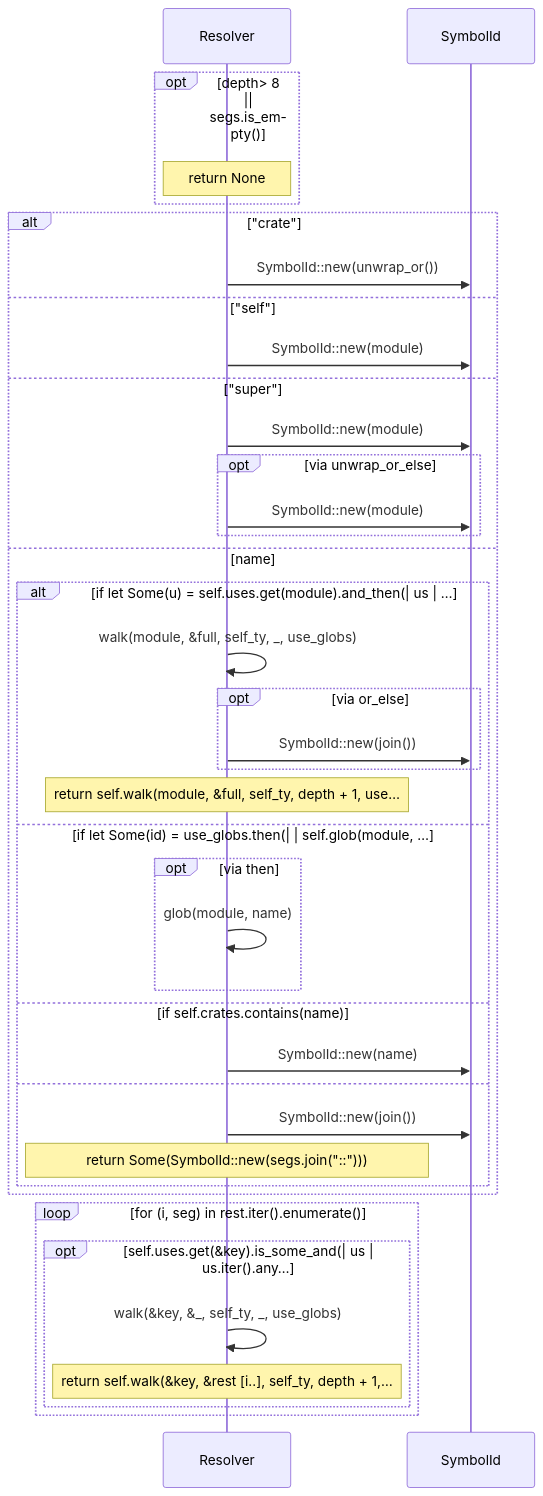
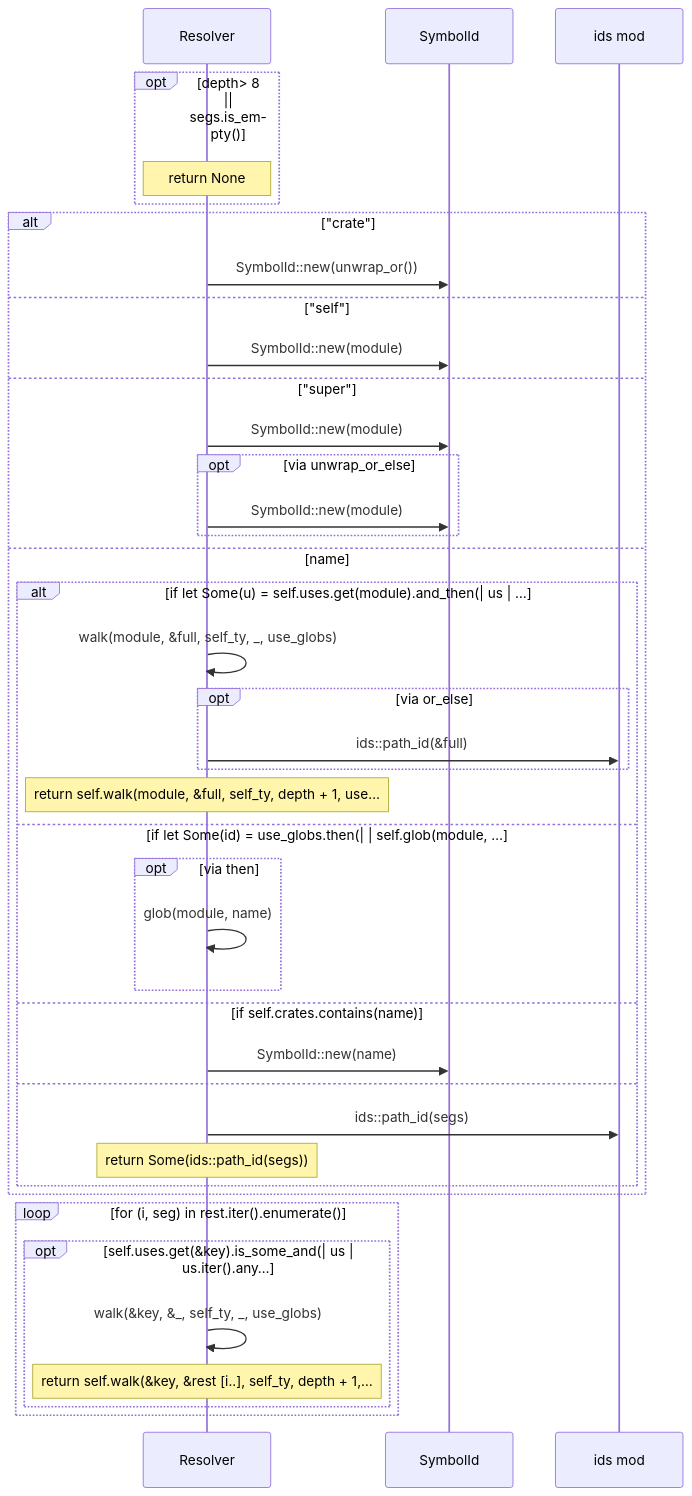
The seventh of 16 diagrams in docs/sealmap/crates/sealmap-rust/src/resolve.rs.md (DreamLab-AI/codemaid), drawn with Mermaid before and after one commit. The commit also changed other lines of this file and 37 other files, not shown here.

First line of the commit message:
frontend: extract sealmap-frontend from sealmap-rust

````diff
--- a/docs/sealmap/crates/sealmap-rust/src/resolve.rs.md
+++ b/docs/sealmap/crates/sealmap-rust/src/resolve.rs.md
@@ -332,41 +314,42 @@
 ```mermaid
 sequenceDiagram
   participant sealmap_rust__resolve__Resolver as Resolver
   participant sealmap_model__symbol__SymbolId as SymbolId
+  participant sealmap_frontend__ids as ids mod
   opt depth> 8 || segs.is_empty()
     Note over sealmap_rust__resolve__Resolver: return None
   end
   alt #quot;crate#quot;
     sealmap_rust__resolve__Resolver->>sealmap_model__symbol__SymbolId: SymbolId::new(unwrap_or())
   else #quot;self#quot;
     sealmap_rust__resolve__Resolver->>sealmap_model__symbol__SymbolId: SymbolId::new(module)
   else #quot;super#quot;
     sealmap_rust__resolve__Resolver->>sealmap_model__symbol__SymbolId: SymbolId::new(module)
     opt via unwrap_or_else
       sealmap_rust__resolve__Resolver->>sealmap_model__symbol__SymbolId: SymbolId::new(module)
     end
   else name
     alt if let Some(u) = self.uses.get(module).and_then(| us | …
       sealmap_rust__resolve__Resolver->>sealmap_rust__resolve__Resolver: walk(module, &full, self_ty, _, use_globs)
       opt via or_else
-        sealmap_rust__resolve__Resolver->>sealmap_model__symbol__SymbolId: SymbolId::new(join())
+        sealmap_rust__resolve__Resolver->>sealmap_frontend__ids: ids::path_id(&full)
       end
       Note over sealmap_rust__resolve__Resolver: return self.walk(module, &full, self_ty, depth + 1, use…
     else if let Some(id) = use_globs.then(| | self.glob(module, …
       opt via then
         sealmap_rust__resolve__Resolver->>sealmap_rust__resolve__Resolver: glob(module, name)
       end
     else if self.crates.contains(name)
       sealmap_rust__resolve__Resolver->>sealmap_model__symbol__SymbolId: SymbolId::new(name)
     else
-      sealmap_rust__resolve__Resolver->>sealmap_model__symbol__SymbolId: SymbolId::new(join())
-      Note over sealmap_rust__resolve__Resolver: return Some(SymbolId::new(segs.join(#quot;::#quot;)))
+      sealmap_rust__resolve__Resolver->>sealmap_frontend__ids: ids::path_id(segs)
+      Note over sealmap_rust__resolve__Resolver: return Some(ids::path_id(segs))
     end
   end
   loop for (i, seg) in rest.iter().enumerate()
     opt self.uses.get(&key).is_some_and(| us | us.iter().any…
       sealmap_rust__resolve__Resolver->>sealmap_rust__resolve__Resolver: walk(&key, &_, self_ty, _, use_globs)
       Note over sealmap_rust__resolve__Resolver: return self.walk(&key, &rest [i..], self_ty, depth + 1,…
     end
   end
 ```
````
